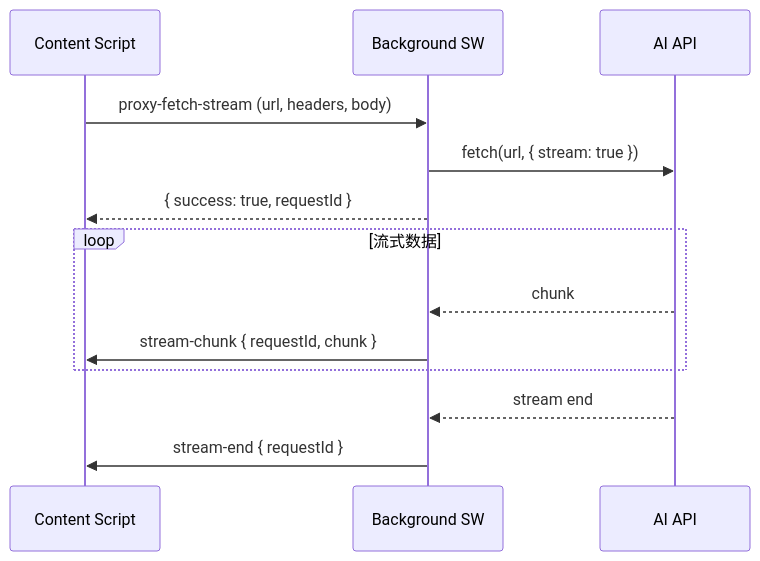
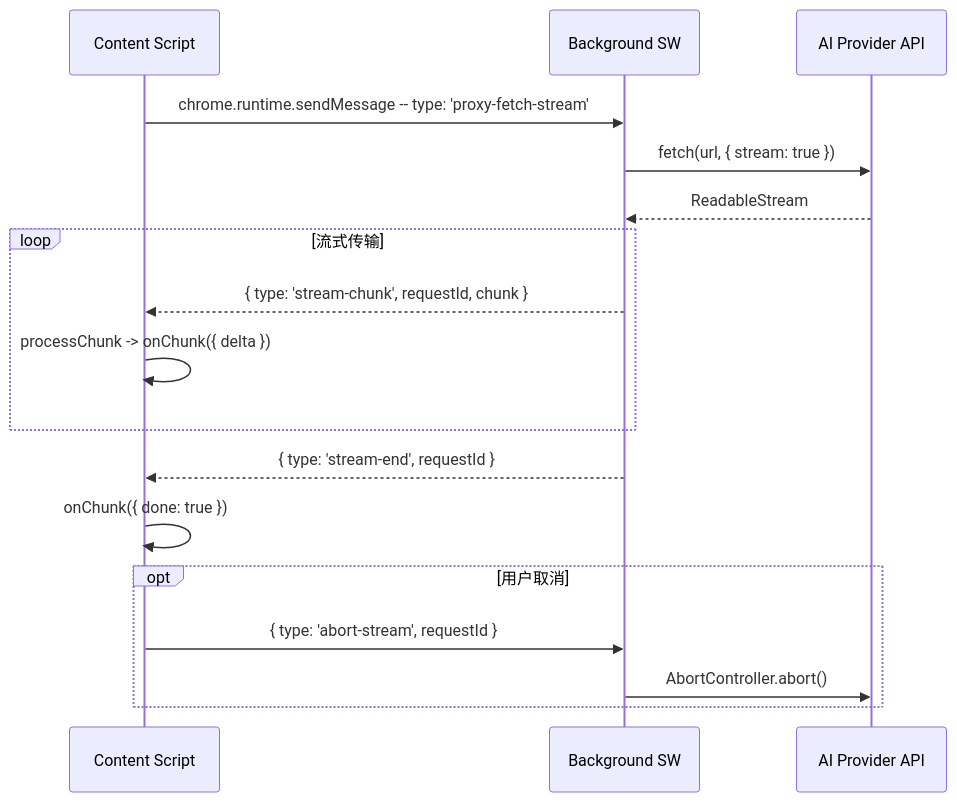
Before and after one commit to zw123zw/ai-browser: the third of 3 diagrams in docs/architecture/README.md, drawn with Mermaid. The commit also changed other lines of this file and 42 other files, not shown here.

````diff
--- a/docs/architecture/README.md
+++ b/docs/architecture/README.md
@@ -181,18 +178,23 @@
 ```mermaid
 sequenceDiagram
     participant CS as Content Script
     participant BG as Background SW
-    participant API as AI API
+    participant API as AI Provider API
 
-    CS->>BG: proxy-fetch-stream (url, headers, body)
+    CS->>BG: chrome.runtime.sendMessage -- type: 'proxy-fetch-stream'
     BG->>API: fetch(url, { stream: true })
-    BG-->>CS: { success: true, requestId }
+    API-->>BG: ReadableStream
 
-    loop 流式数据
-        API-->>BG: chunk
-        BG->>CS: stream-chunk { requestId, chunk }
+    loop 流式传输
+        BG-->>CS: { type: 'stream-chunk', requestId, chunk }
+        CS->>CS: processChunk -> onChunk({ delta })
     end
 
-    API-->>BG: stream end
-    BG->>CS: stream-end { requestId }
+    BG-->>CS: { type: 'stream-end', requestId }
+    CS->>CS: onChunk({ done: true })
+
+    opt 用户取消
+        CS->>BG: { type: 'abort-stream', requestId }
+        BG->>API: AbortController.abort()
+    end
 ```
````
